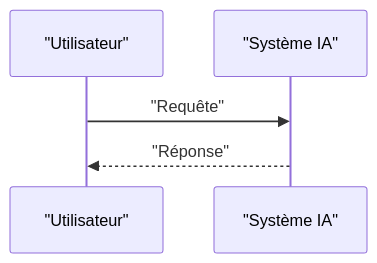
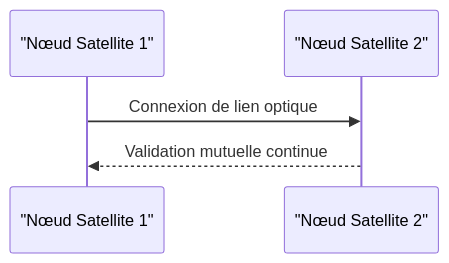
The second of 2 diagrams in ideas/zero-trust-space-mesh/README.fr.md (flouzzy/top-100-ai-startup-ideas), drawn with Mermaid before and after one commit. The commit also changed other lines of this file and 19 other files, not shown here.

````diff
--- a/ideas/zero-trust-space-mesh/README.fr.md
+++ b/ideas/zero-trust-space-mesh/README.fr.md
@@ -37,7 +37,7 @@
 ```mermaid
 sequenceDiagram
-    participant U as "Utilisateur"
-    participant S as "Système IA"
-    U->>S: "Requête"
-    S-->>U: "Réponse"
+    participant S1 as "Nœud Satellite 1"
+    participant S2 as "Nœud Satellite 2"
+    S1->>S2: Connexion de lien optique
+    S2-->>S1: Validation mutuelle continue
 ```
````
